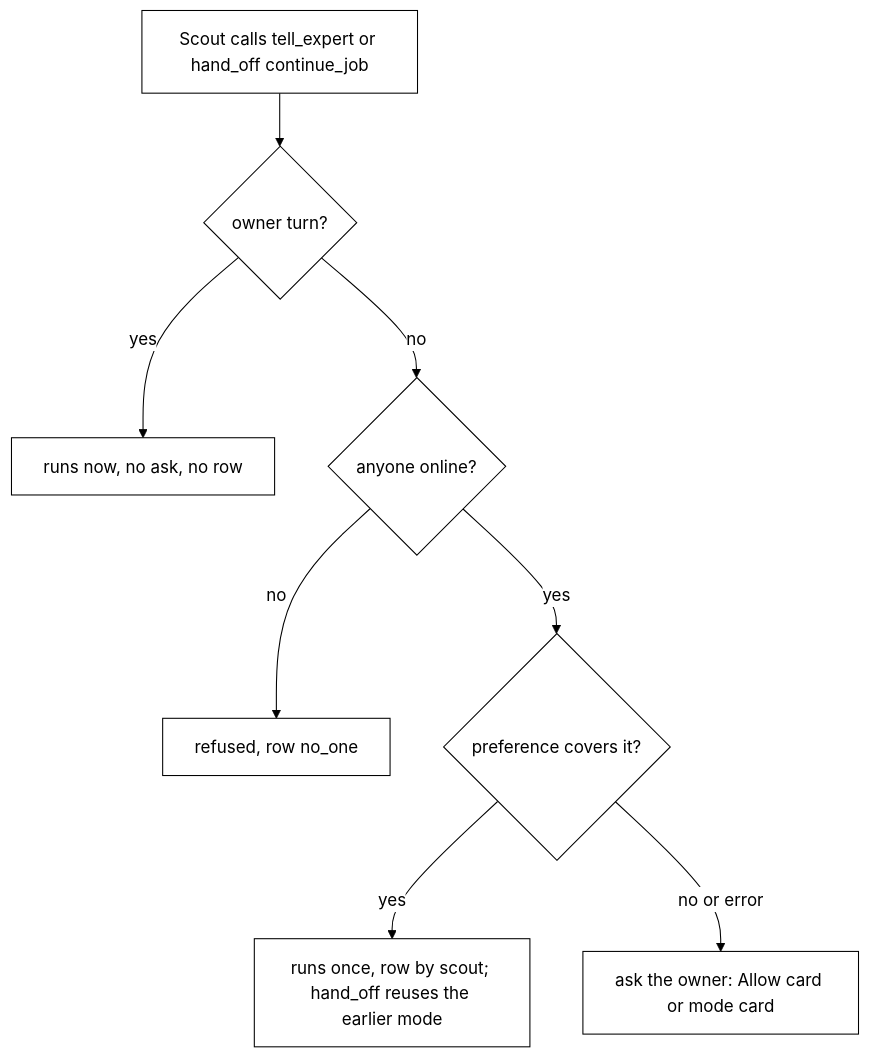
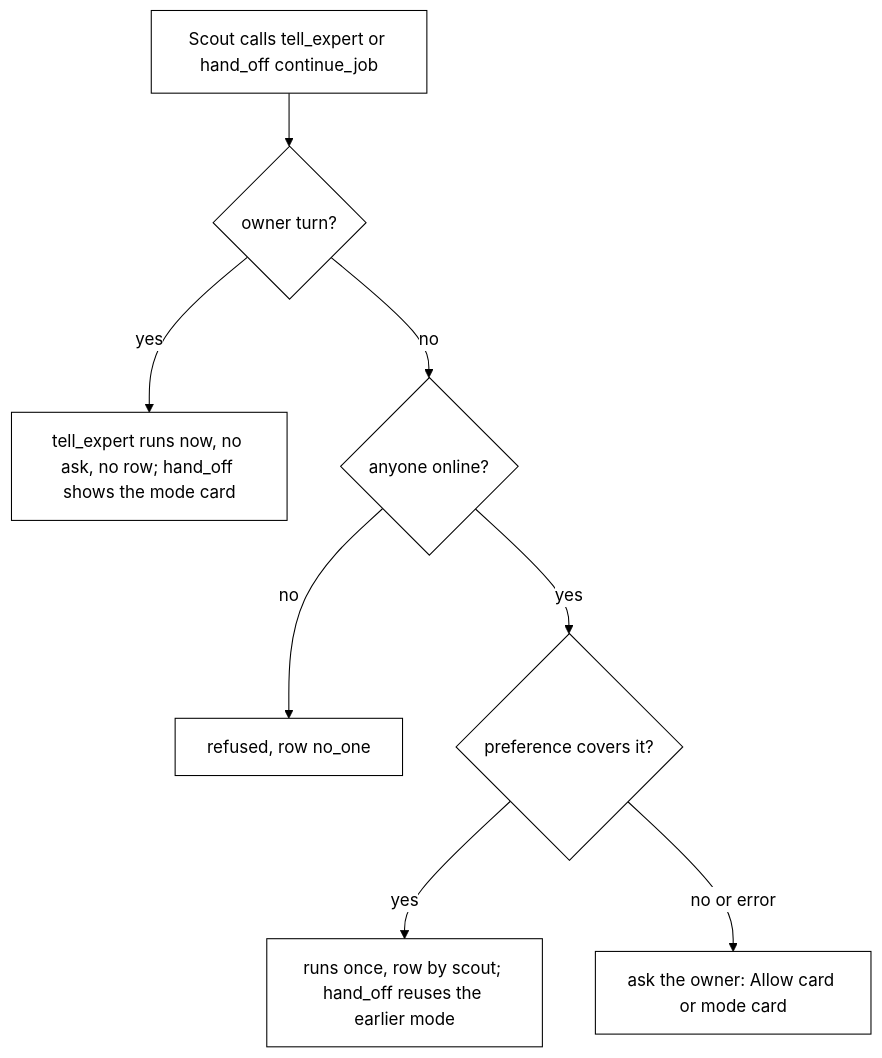
The third of 8 diagrams in docs/brain.md (nadeem4/tagalong), drawn with Mermaid before and after one commit. The commit also changed other lines of this file and 9 other files, not shown here.

````diff
--- a/docs/brain.md
+++ b/docs/brain.md
@@ -335,11 +339,11 @@
 ```mermaid
 %%{init: {'theme':'base','themeVariables':{'primaryColor':'#ffffff','primaryTextColor':'#000000','primaryBorderColor':'#000000','lineColor':'#000000'}}}%%
 flowchart TD
   A[Scout calls tell_expert or hand_off continue_job] --> B{owner turn?}
-  B -- yes --> C[runs now, no ask, no row]
+  B -- yes --> C[tell_expert runs now, no ask, no row; hand_off shows the mode card]
   B -- no --> D{anyone online?}
   D -- no --> E[refused, row no_one]
   D -- yes --> F{preference covers it?}
   F -- yes --> G[runs once, row by scout; hand_off reuses the earlier mode]
   F -- no or error --> H[ask the owner: Allow card or mode card]
 ```
````
